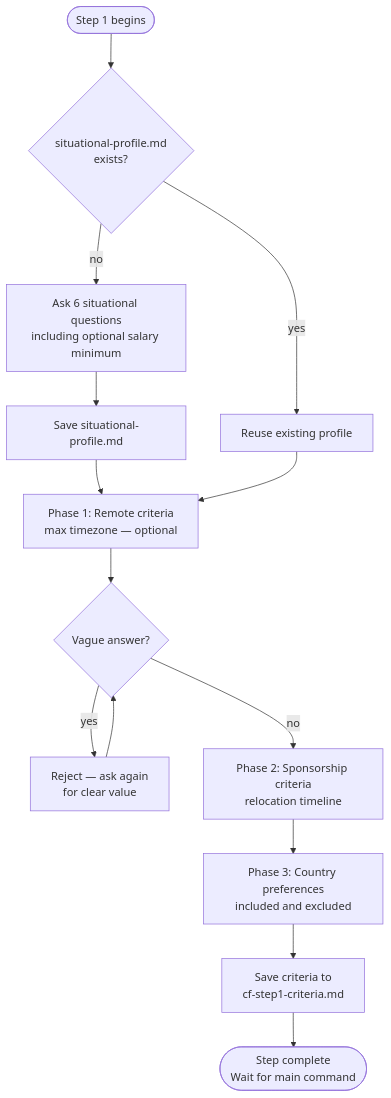
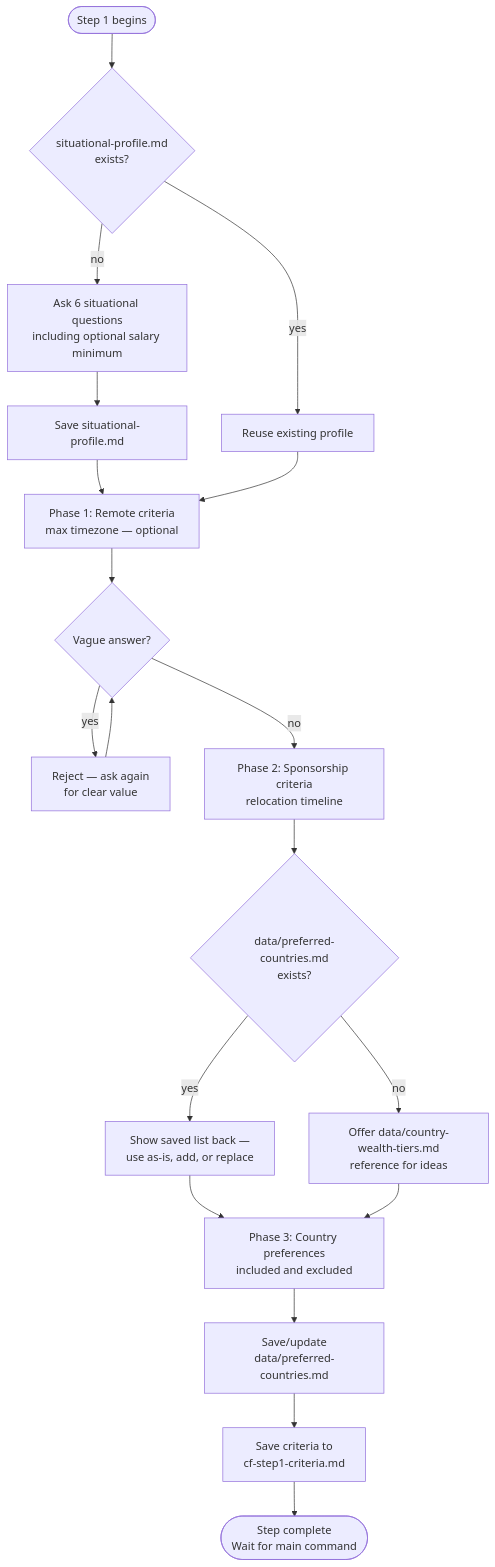
Before and after one commit to myowinthein/agent-compass: the diagram in docs/commands/country-finder/step1-criteria-intake.md, drawn with Mermaid. The commit also changed other lines of this file and 12 other files, not shown here.

First line of the commit message:
feat(country-finder): offer wealth-tier reference and reuse saved country list

````diff
--- a/docs/commands/country-finder/step1-criteria-intake.md
+++ b/docs/commands/country-finder/step1-criteria-intake.md
@@ -14,19 +14,25 @@
 ```mermaid
 flowchart TD
   Start([Step 1 begins]) --> SitCheck{situational-profile.md\nexists?}
   SitCheck -->|yes| Reuse[Reuse existing profile]
   SitCheck -->|no| SitQ[Ask 6 situational questions\nincluding optional salary minimum]
   SitQ --> SaveSit[Save situational-profile.md]
   SaveSit --> P1
   Reuse --> P1
 
   P1[Phase 1: Remote criteria\nmax timezone — optional] --> Vague1{Vague answer?}
   Vague1 -->|yes| Ask1[Reject — ask again\nfor clear value]
   Ask1 --> Vague1
   Vague1 -->|no| P2
 
-  P2[Phase 2: Sponsorship criteria\nrelocation timeline] --> P3
+  P2[Phase 2: Sponsorship criteria\nrelocation timeline] --> PrefCheck
 
-  P3[Phase 3: Country preferences\nincluded and excluded] --> Save[Save criteria to\ncf-step1-criteria.md]
+  PrefCheck{data/preferred-countries.md\nexists?} -->|yes| ShowPref[Show saved list back —\nuse as-is, add, or replace]
+  PrefCheck -->|no| OfferTiers[Offer data/country-wealth-tiers.md\nreference for ideas]
+  ShowPref --> P3
+  OfferTiers --> P3
+
+  P3[Phase 3: Country preferences\nincluded and excluded] --> SavePref[Save/update\ndata/preferred-countries.md]
+  SavePref --> Save[Save criteria to\ncf-step1-criteria.md]
   Save --> Stop([Step complete\nWait for main command])
 ```
````
